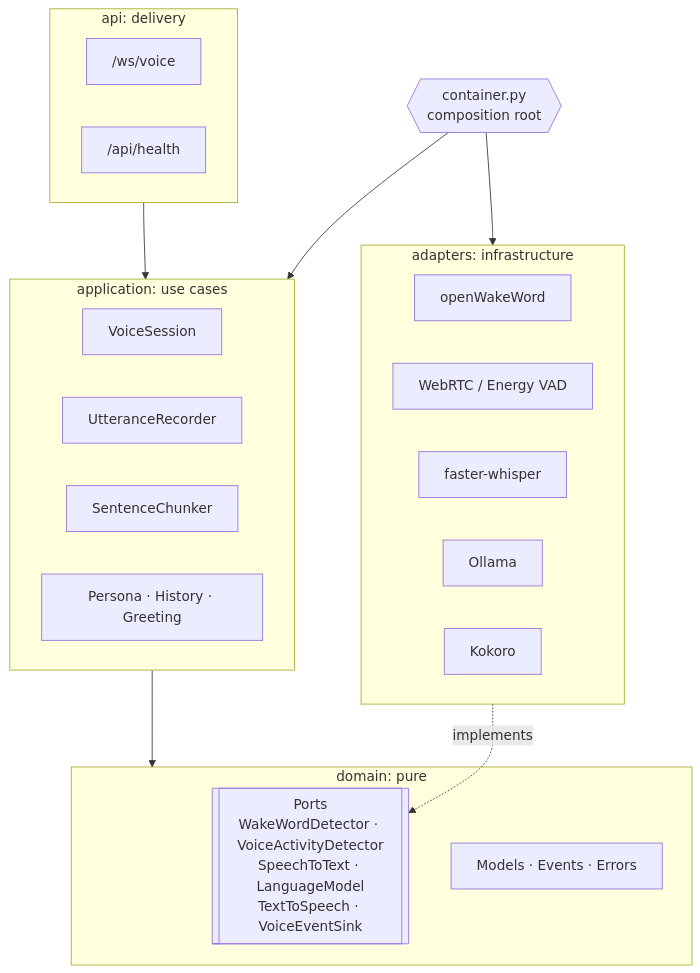
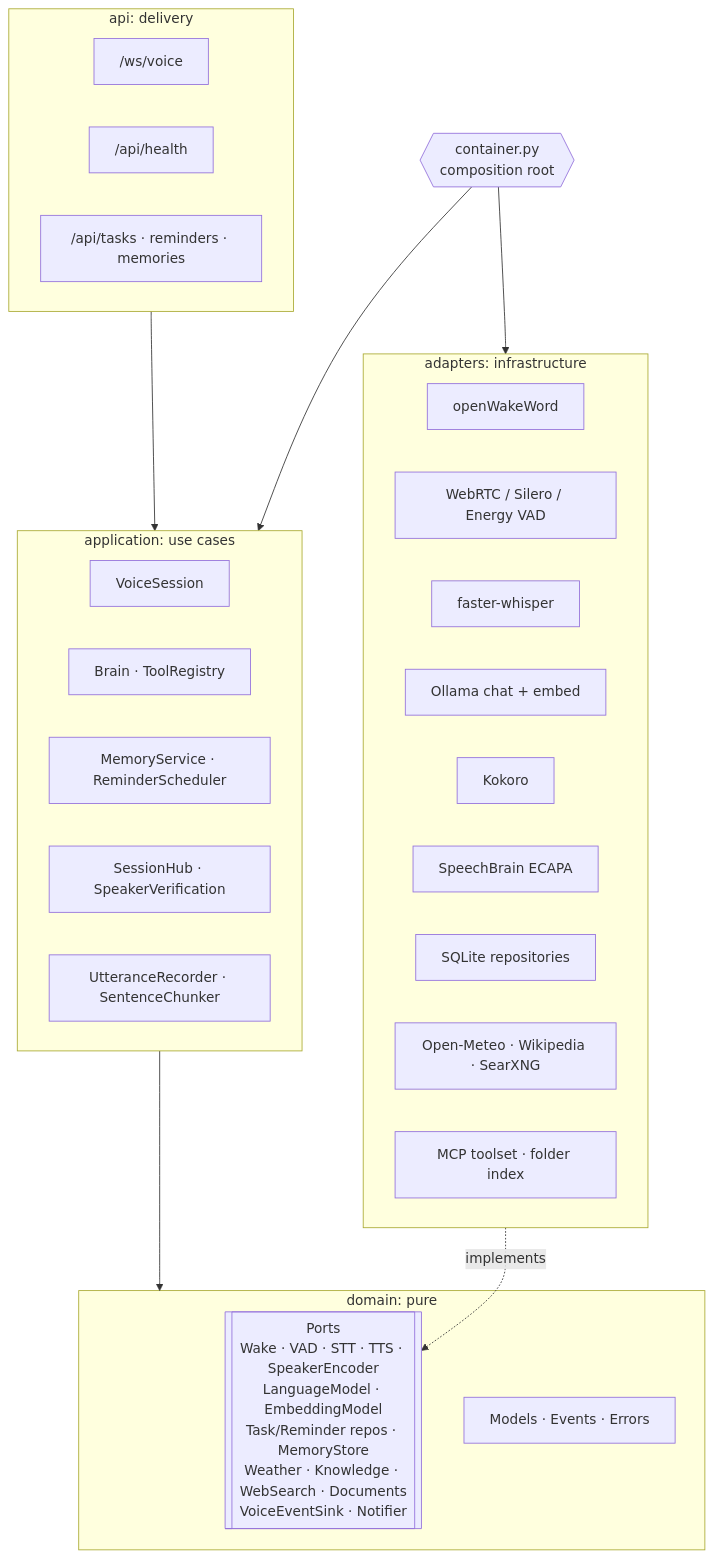
One commit to acn-ryanpacot/aidashboard changed the second of 2 diagrams in docs/architecture/overview.md. Above: the diagram before and after it, drawn with Mermaid. The commit also changed other lines of this file and 100 other files, not shown here.

````diff
--- a/docs/architecture/overview.md
+++ b/docs/architecture/overview.md
@@ -32,30 +36,36 @@
 ```mermaid
 flowchart TB
     subgraph api [api: delivery]
         ws["/ws/voice"]
         health["/api/health"]
+        rest["/api/tasks · reminders · memories"]
     end
     subgraph application [application: use cases]
         session[VoiceSession]
-        endpoint[UtteranceRecorder]
-        chunker[SentenceChunker]
-        persona[Persona · History · Greeting]
+        brain[Brain · ToolRegistry]
+        memory[MemoryService · ReminderScheduler]
+        hub[SessionHub · SpeakerVerification]
+        endpoint[UtteranceRecorder · SentenceChunker]
     end
     subgraph domain [domain: pure]
-        ports[[Ports<br/>WakeWordDetector · VoiceActivityDetector<br/>SpeechToText · LanguageModel<br/>TextToSpeech · VoiceEventSink]]
+        ports[[Ports<br/>Wake · VAD · STT · TTS · SpeakerEncoder<br/>LanguageModel · EmbeddingModel<br/>Task/Reminder repos · MemoryStore<br/>Weather · Knowledge · WebSearch · Documents<br/>VoiceEventSink · Notifier]]
         models[Models · Events · Errors]
     end
     subgraph adapters [adapters: infrastructure]
         oww[openWakeWord]
-        vad[WebRTC / Energy VAD]
+        vad[WebRTC / Silero / Energy VAD]
         fw[faster-whisper]
-        ol[Ollama]
+        ol[Ollama chat + embed]
         ko[Kokoro]
+        sb[SpeechBrain ECAPA]
+        sql[SQLite repositories]
+        webad[Open-Meteo · Wikipedia · SearXNG]
+        mcp[MCP toolset · folder index]
     end
     container{{container.py<br/>composition root}}
 
     api --> application --> domain
     adapters -. implements .-> ports
     container --> adapters
     container --> application
 ```
````
